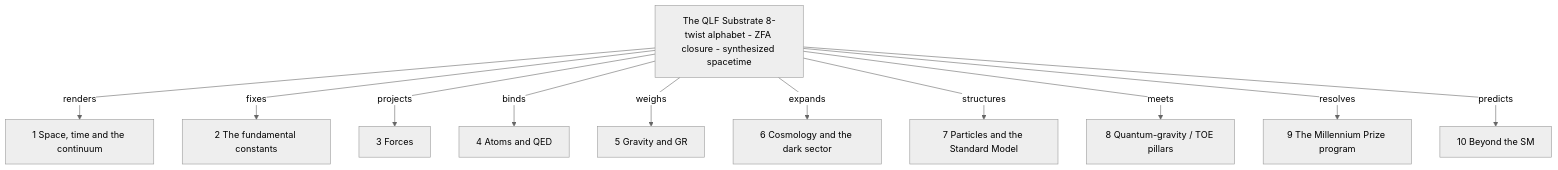
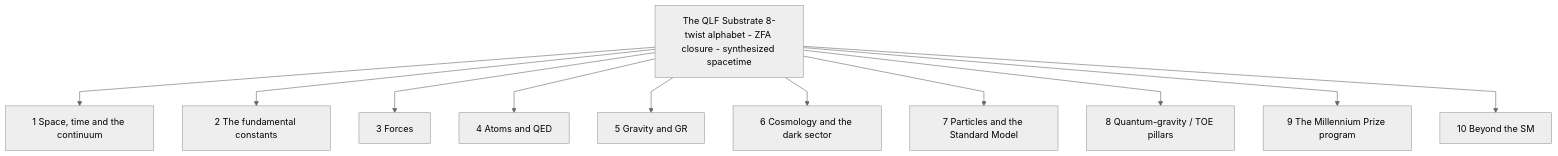
One commit to jimscarver/quantum-logical-framework changed the first of 11 diagrams in FlowChart.md. Above: the diagram before and after it, drawn with Mermaid. The commit also changed other lines of this file, not shown here.

First line of the commit message:
FlowChart.md: remove edge labels, move connectors to text legends (definitive GitHub render fix)

````diff
--- a/FlowChart.md
+++ b/FlowChart.md
@@ -14,15 +14,15 @@
 ```mermaid
 %%{init: {"theme":"neutral", "flowchart": {"curve": "linear"}}}%%
 flowchart TD
   S["The QLF Substrate 8-twist alphabet - ZFA closure - synthesized spacetime"]
-  S -->|"renders"| SP["1 Space, time and the continuum"]
-  S -->|"fixes"| C["2 The fundamental constants"]
-  S -->|"projects"| F["3 Forces"]
-  S -->|"binds"| A["4 Atoms and QED"]
-  S -->|"weighs"| G["5 Gravity and GR"]
-  S -->|"expands"| CO["6 Cosmology and the dark sector"]
-  S -->|"structures"| P["7 Particles and the Standard Model"]
-  S -->|"meets"| T["8 Quantum-gravity / TOE pillars"]
-  S -->|"resolves"| M["9 The Millennium Prize program"]
-  S -->|"predicts"| B["10 Beyond the SM"]
+  S --> SP["1 Space, time and the continuum"]
+  S --> C["2 The fundamental constants"]
+  S --> F["3 Forces"]
+  S --> A["4 Atoms and QED"]
+  S --> G["5 Gravity and GR"]
+  S --> CO["6 Cosmology and the dark sector"]
+  S --> P["7 Particles and the Standard Model"]
+  S --> T["8 Quantum-gravity / TOE pillars"]
+  S --> M["9 The Millennium Prize program"]
+  S --> B["10 Beyond the SM"]
 ```
````
